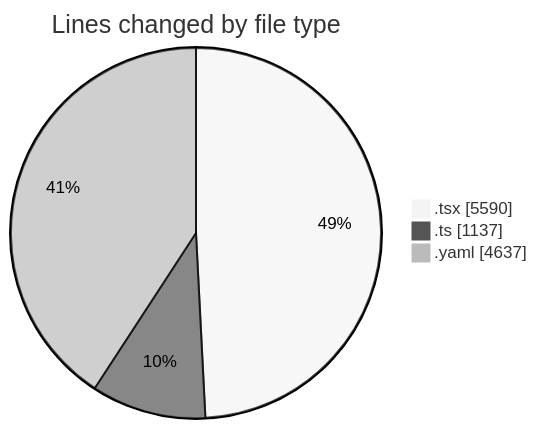
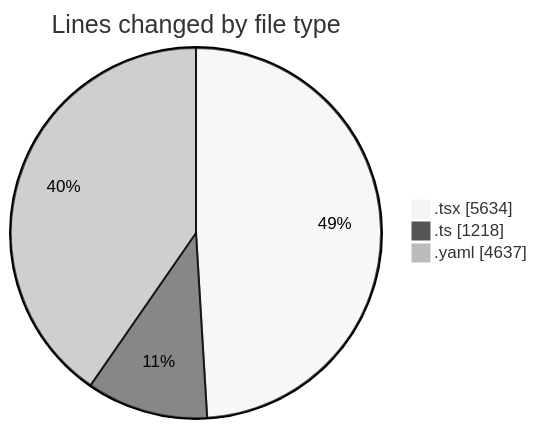
One commit to julien-gomy/code-tracking changed the first of 2 diagrams in 2025-10-13/eventscop-frontend-guide__workspace_/README.md. Above: the diagram before and after it, drawn with Mermaid (neutral theme). The commit also changed other lines of this file and 1 other file, not shown here.

````diff
--- a/2025-10-13/eventscop-frontend-guide__workspace_/README.md
+++ b/2025-10-13/eventscop-frontend-guide__workspace_/README.md
@@ -49,7 +50,7 @@
 ```mermaid
 pie showData
 title Lines changed by file type
-".tsx" : 5590
-".ts" : 1137
+".tsx" : 5634
+".ts" : 1218
 ".yaml" : 4637
 ```
````
